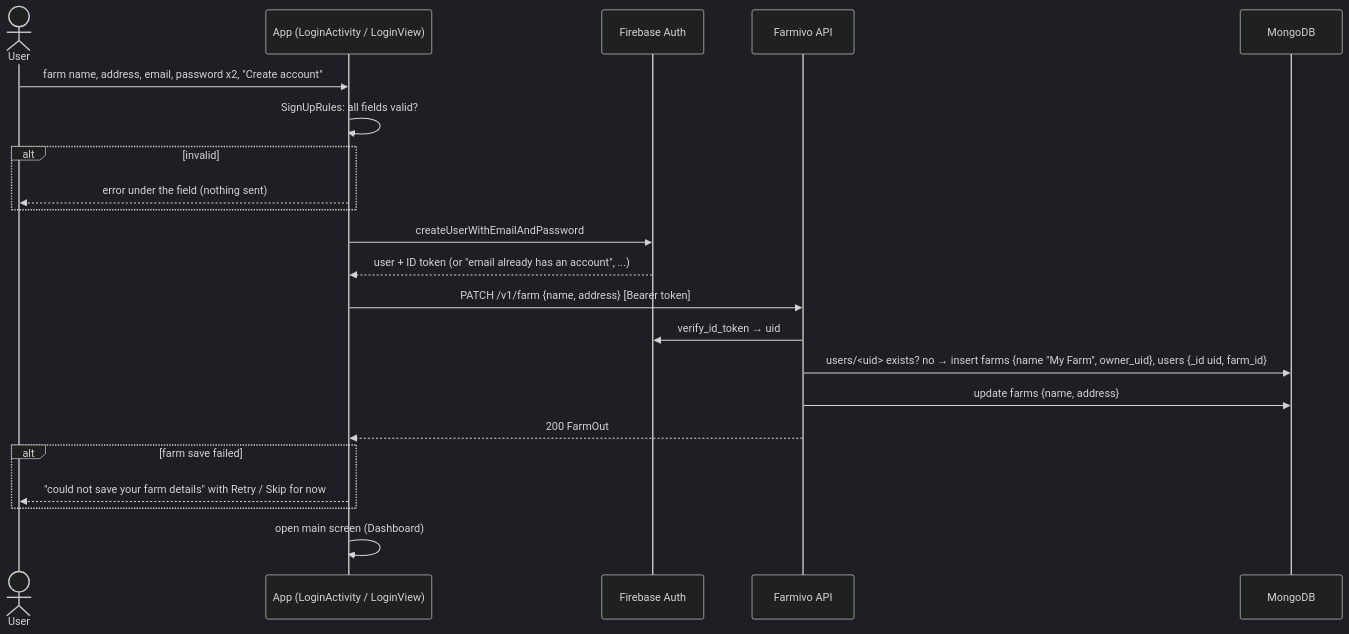
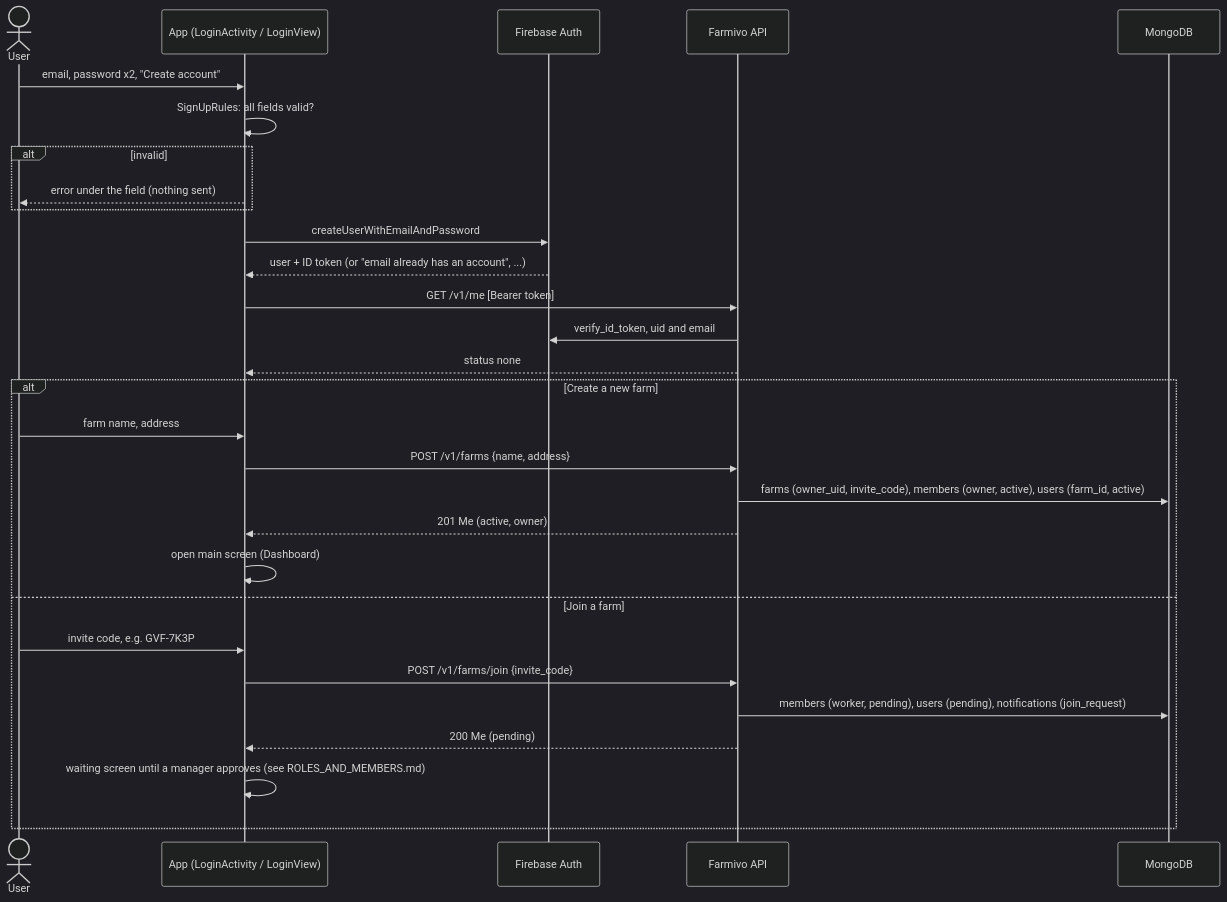
One commit to haythoum/farmivo_backend changed the third of 9 diagrams in docs/SYSTEM_GUIDE.md. Above: the diagram before and after it, drawn with Mermaid (dark theme). The commit also changed other lines of this file and 9 other files, not shown here.

First line of the commit message:
Docs: farm members and roles (ROLES_AND_MEMBERS.md), API contract, data model, flows with real examples, system guide, code reference, decisions

````diff
--- a/docs/SYSTEM_GUIDE.md
+++ b/docs/SYSTEM_GUIDE.md
@@ -89,24 +89,31 @@
 ```mermaid
 sequenceDiagram
   actor U as User
   participant App as App (LoginActivity / LoginView)
   participant FA as Firebase Auth
   participant API as Farmivo API
   participant DB as MongoDB
-  U->>App: farm name, address, email, password x2, "Create account"
+  U->>App: email, password x2, "Create account"
   App->>App: SignUpRules: all fields valid?
   alt invalid
     App-->>U: error under the field (nothing sent)
   end
   App->>FA: createUserWithEmailAndPassword
   FA-->>App: user + ID token (or "email already has an account", ...)
-  App->>API: PATCH /v1/farm {name, address}  [Bearer token]
-  API->>FA: verify_id_token → uid
-  API->>DB: users/<uid> exists? no → insert farms {name "My Farm", owner_uid}, users {_id uid, farm_id}
-  API->>DB: update farms {name, address}
-  API-->>App: 200 FarmOut
-  alt farm save failed
-    App-->>U: "could not save your farm details" with Retry / Skip for now
+  App->>API: GET /v1/me  [Bearer token]
+  API->>FA: verify_id_token, uid and email
+  API-->>App: status none
+  alt Create a new farm
+    U->>App: farm name, address
+    App->>API: POST /v1/farms {name, address}
+    API->>DB: farms (owner_uid, invite_code), members (owner, active), users (farm_id, active)
+    API-->>App: 201 Me (active, owner)
+    App->>App: open main screen (Dashboard)
+  else Join a farm
+    U->>App: invite code, e.g. GVF-7K3P
+    App->>API: POST /v1/farms/join {invite_code}
+    API->>DB: members (worker, pending), users (pending), notifications (join_request)
+    API-->>App: 200 Me (pending)
+    App->>App: waiting screen until a manager approves (see ROLES_AND_MEMBERS.md)
   end
-  App->>App: open main screen (Dashboard)
 ```
````
